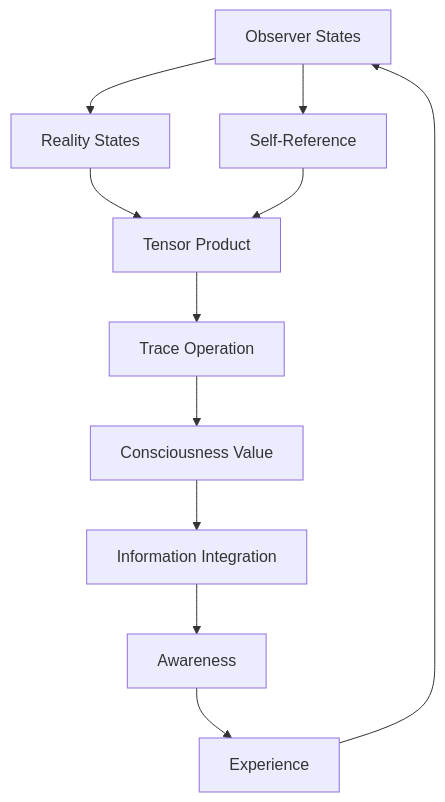
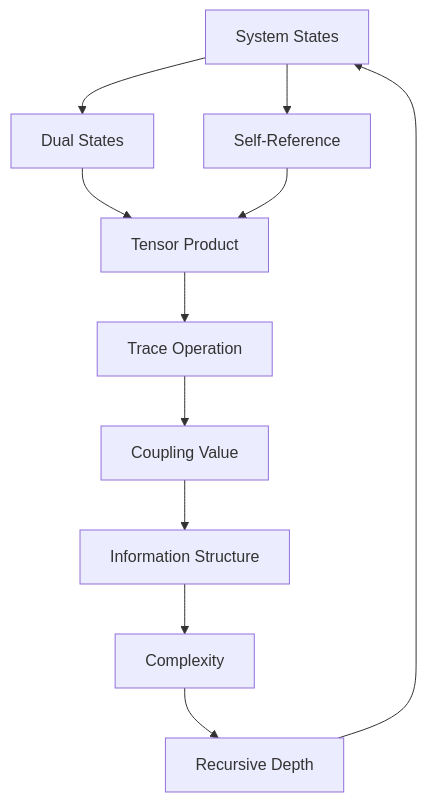
One commit to loning/the-phys changed the first of 2 diagrams in docs/psi-structum/book-1-collapse-ontology/part-02-golden-trace-spectral/chapter-032-consciousness-trace-observer-reality.md. Above: the diagram before and after it, drawn with Mermaid. The commit also changed other lines of this file and 20 other files, not shown here.

````diff
--- a/docs/psi-structum/book-1-collapse-ontology/part-02-golden-trace-spectral/chapter-032-consciousness-trace-observer-reality.md
+++ b/docs/psi-structum/book-1-collapse-ontology/part-02-golden-trace-spectral/chapter-032-consciousness-trace-observer-reality.md
@@ -66,13 +68,13 @@
 ```mermaid
 graph TD
-    A[Observer States] --> B[Reality States]
+    A[System States] --> B[Dual States]
     B --> C[Tensor Product]
     C --> D[Trace Operation]
-    D --> E[Consciousness Value]
-    E --> F[Information Integration]
-    F --> G[Awareness]
+    D --> E[Coupling Value]
+    E --> F[Information Structure]
+    F --> G[Complexity]
     A --> H[Self-Reference]
     H --> C
-    G --> I[Experience]
+    G --> I[Recursive Depth]
     I --> A
 ```
````
